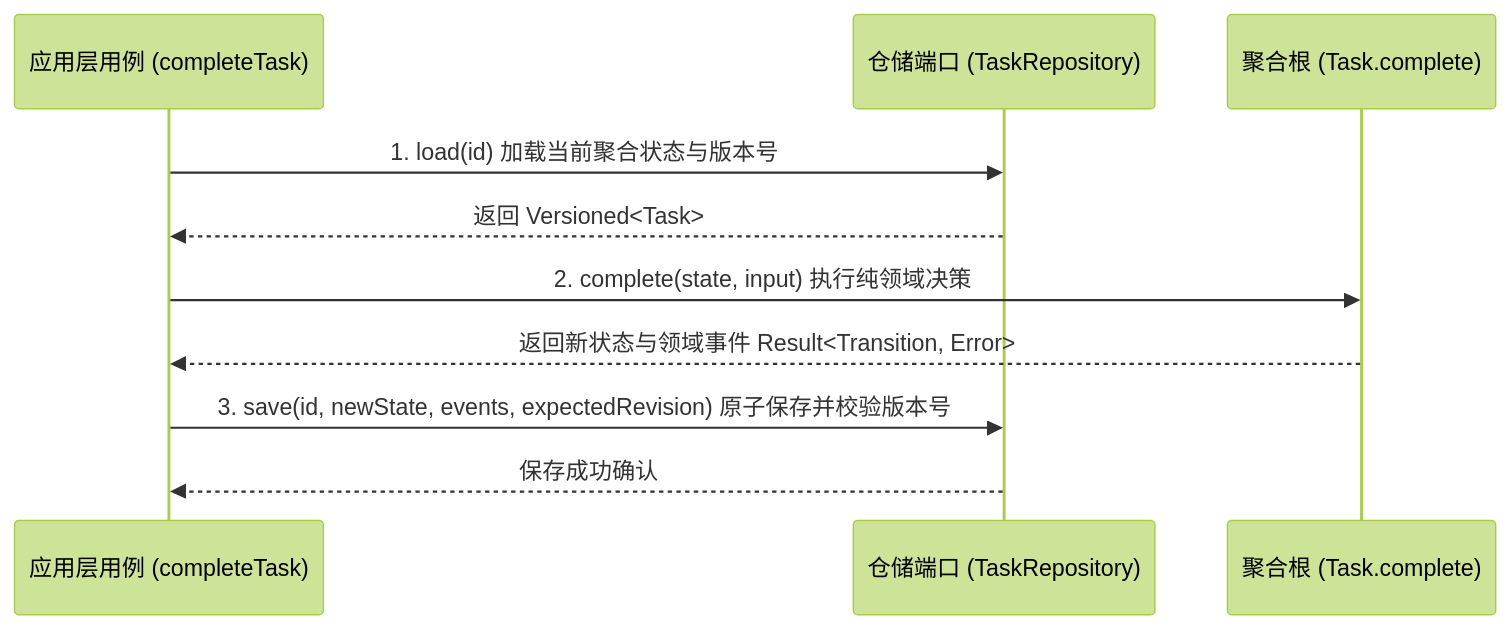
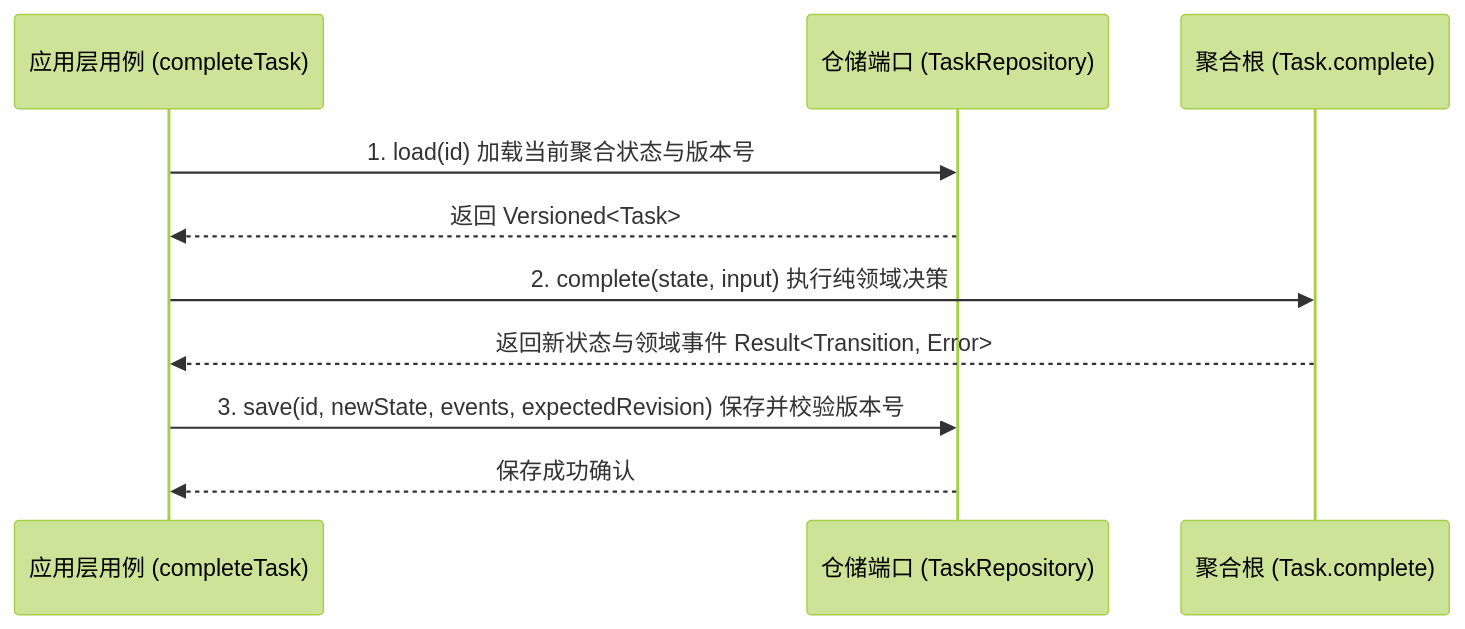
The second of 2 diagrams in wiki/syntheses/architecture/ddd-bounded-context-and-aggregate.md (PerfectPan/wiki), drawn with Mermaid (forest theme) before and after one commit. The commit also changed other lines of this file and 2 other files, not shown here.

First line of the commit message:
docs(architecture): plain wording and aggregate-vs-value-object criterion

````diff
--- a/wiki/syntheses/architecture/ddd-bounded-context-and-aggregate.md
+++ b/wiki/syntheses/architecture/ddd-bounded-context-and-aggregate.md
@@ -130,13 +147,13 @@
 ```mermaid
 sequenceDiagram
     participant UseCase as 应用层用例 (completeTask)
     participant Repo as 仓储端口 (TaskRepository)
     participant Aggregate as 聚合根 (Task.complete)
 
     UseCase->>Repo: 1. load(id) 加载当前聚合状态与版本号
     Repo-->>UseCase: 返回 Versioned<Task>
     UseCase->>Aggregate: 2. complete(state, input) 执行纯领域决策
     Aggregate-->>UseCase: 返回新状态与领域事件 Result<Transition, Error>
-    UseCase->>Repo: 3. save(id, newState, events, expectedRevision) 原子保存并校验版本号
+    UseCase->>Repo: 3. save(id, newState, events, expectedRevision) 保存并校验版本号
     Repo-->>UseCase: 保存成功确认
 ```
````
